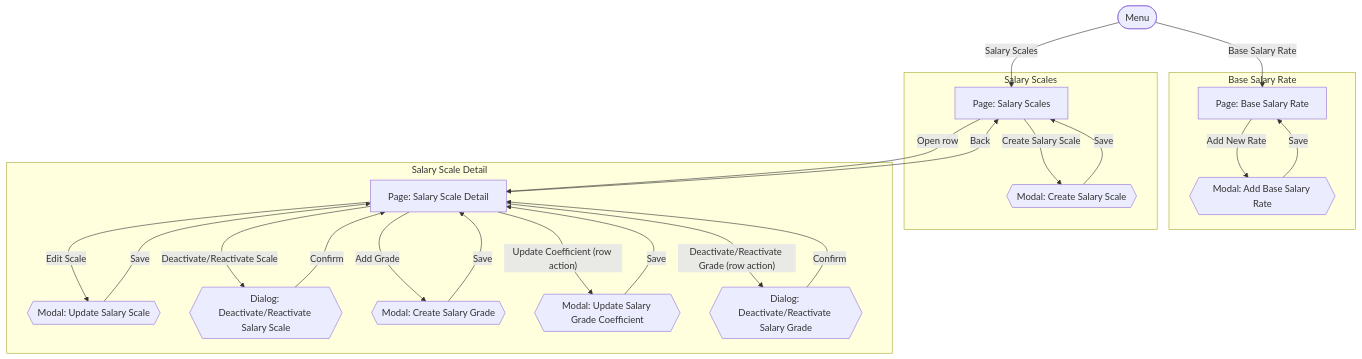
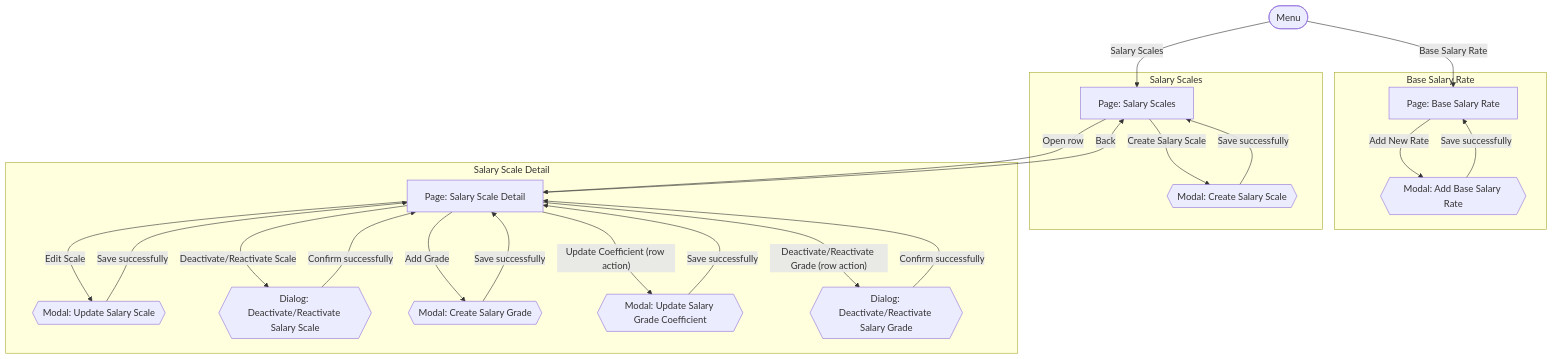
One commit to sang2197/QuanLyNhanSu-NguyenVanSang changed the diagram in Docs/UI-UX/ScreensHierarchy_SalaryMasterData.md. Above: the diagram before and after it, drawn with Mermaid. The commit also changed other lines of this file and 34 other files, not shown here.

````diff
--- a/Docs/UI-UX/ScreensHierarchy_SalaryMasterData.md
+++ b/Docs/UI-UX/ScreensHierarchy_SalaryMasterData.md
@@ -11,42 +11,42 @@
 ```mermaid
 flowchart TD
     Menu([Menu])
 
     Menu -- "Base Salary Rate" --> BSR[Page: Base Salary Rate]
     Menu -- "Salary Scales" --> SS[Page: Salary Scales]
 
     subgraph G1["Base Salary Rate"]
         BSR
         M_AddRate{{"Modal: Add Base Salary Rate"}}
     end
     BSR -- "Add New Rate" --> M_AddRate
-    M_AddRate -- "Save" --> BSR
+    M_AddRate -- "Save successfully" --> BSR
 
     subgraph G2["Salary Scales"]
         SS
         M_CreateScale{{"Modal: Create Salary Scale"}}
     end
     SS -- "Create Salary Scale" --> M_CreateScale
-    M_CreateScale -- "Save" --> SS
+    M_CreateScale -- "Save successfully" --> SS
     SS -- "Open row" --> SSD[Page: Salary Scale Detail]
 
     subgraph G3["Salary Scale Detail"]
         SSD
         M_UpdateScale{{"Modal: Update Salary Scale"}}
         M_ScaleStatus{{"Dialog: Deactivate/Reactivate Salary Scale"}}
         M_CreateGrade{{"Modal: Create Salary Grade"}}
         M_UpdateCoeff{{"Modal: Update Salary Grade Coefficient"}}
         M_GradeStatus{{"Dialog: Deactivate/Reactivate Salary Grade"}}
     end
     SSD -- "Edit Scale" --> M_UpdateScale
-    M_UpdateScale -- "Save" --> SSD
+    M_UpdateScale -- "Save successfully" --> SSD
     SSD -- "Deactivate/Reactivate Scale" --> M_ScaleStatus
-    M_ScaleStatus -- "Confirm" --> SSD
+    M_ScaleStatus -- "Confirm successfully" --> SSD
     SSD -- "Add Grade" --> M_CreateGrade
-    M_CreateGrade -- "Save" --> SSD
+    M_CreateGrade -- "Save successfully" --> SSD
     SSD -- "Update Coefficient (row action)" --> M_UpdateCoeff
-    M_UpdateCoeff -- "Save" --> SSD
+    M_UpdateCoeff -- "Save successfully" --> SSD
     SSD -- "Deactivate/Reactivate Grade (row action)" --> M_GradeStatus
-    M_GradeStatus -- "Confirm" --> SSD
+    M_GradeStatus -- "Confirm successfully" --> SSD
     SSD -- "Back" --> SS
 ```
````
